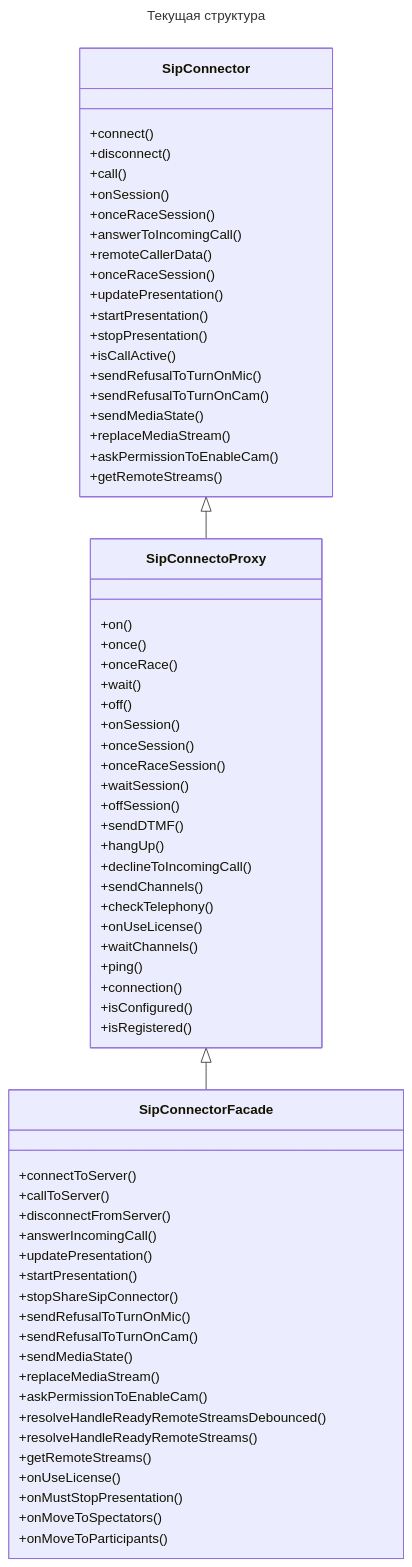
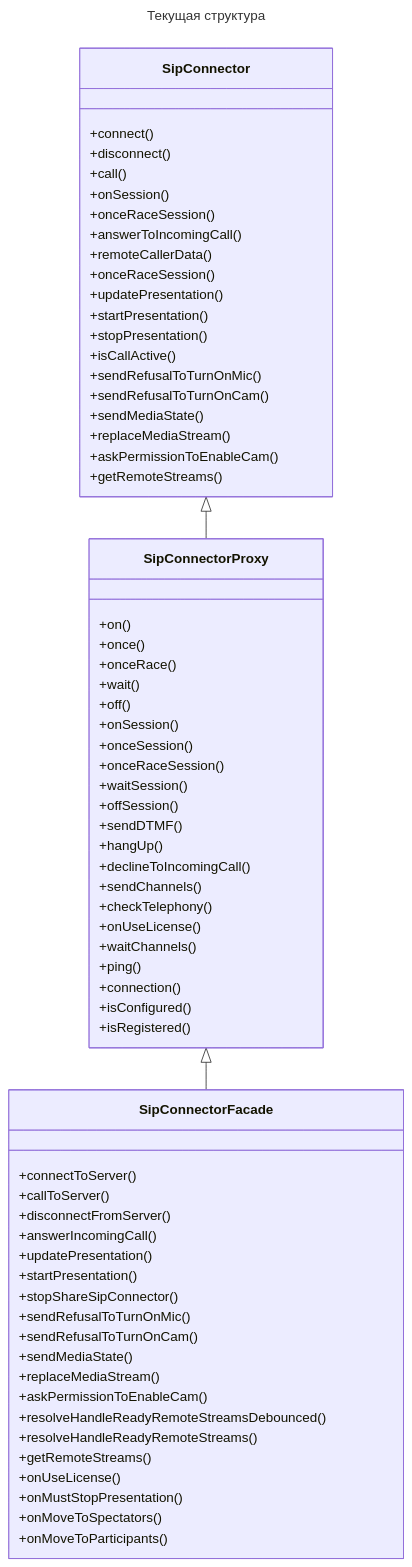
Before and after one commit to Krivega/sip-connector: the first of 3 diagrams in v14.md, drawn with Mermaid. The commit also changed other lines of this file, not shown here.

Commit message:
refactor: add plan

````diff
--- a/v14.md
+++ b/v14.md
@@ -1,72 +1,72 @@
 ```mermaid
 ---
 title: Текущая структура
 ---
 classDiagram
-    SipConnector <|-- SipConnectoProxy
-    SipConnectoProxy <|-- SipConnectorFacade
+    SipConnector <|-- SipConnectorProxy
+    SipConnectorProxy <|-- SipConnectorFacade
     class SipConnector{
       +connect()
       +disconnect()
       +call()
       +onSession()
       +onceRaceSession()
       +answerToIncomingCall()
       +remoteCallerData()
       +onceRaceSession()
       +updatePresentation()
       +startPresentation()
       +stopPresentation()
       +isCallActive()
       +sendRefusalToTurnOnMic()
       +sendRefusalToTurnOnCam()
       +sendMediaState()
       +replaceMediaStream()
       +askPermissionToEnableCam()
       +getRemoteStreams()
     }
-    class SipConnectoProxy{
+    class SipConnectorProxy{
       +on()
       +once()
       +onceRace()
       +wait()
       +off()
       +onSession()
       +onceSession()
       +onceRaceSession()
       +waitSession()
       +offSession()
       +sendDTMF()
       +hangUp()
       +declineToIncomingCall()
       +sendChannels()
       +checkTelephony()
       +onUseLicense()
       +waitChannels()
       +ping()
       +connection()
       +isConfigured()
       +isRegistered()
     }
     class SipConnectorFacade{
       +connectToServer()
       +callToServer()
       +disconnectFromServer()
       +answerIncomingCall()
       +updatePresentation()
       +startPresentation()
       +stopShareSipConnector()
       +sendRefusalToTurnOnMic()
       +sendRefusalToTurnOnCam()
       +sendMediaState()
       +replaceMediaStream()
       +askPermissionToEnableCam()
       +resolveHandleReadyRemoteStreamsDebounced()
       +resolveHandleReadyRemoteStreams()
       +getRemoteStreams()
       +onUseLicense()
       +onMustStopPresentation()
       +onMoveToSpectators()
       +onMoveToParticipants()
     }
 ```
````
